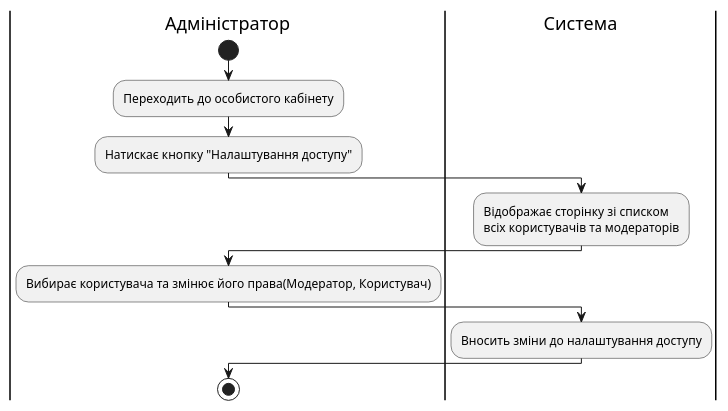
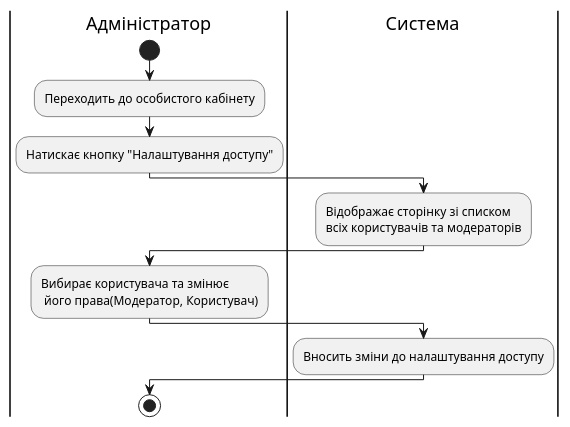
One commit to anrikolo/obd changed the diagram in src/uml/UC8.puml. Above: the diagram before and after it, drawn with PlantUML.

```diff
--- a/src/uml/UC8.puml
+++ b/src/uml/UC8.puml
@@ -1,16 +1,16 @@
 @startuml
 
     |Адміністратор|
     start
     :Переходить до особистого кабінету;
     |Адміністратор|
     :Натискає кнопку "Налаштування доступу";
     |Система|
     :Відображає сторінку зі списком \nвсіх користувачів та модераторів;
     |Адміністратор|
-    :Вибирає користувача та змінює його права(Модератор, Користувач);
+    :Вибирає користувача та змінює \n його права(Модератор, Користувач);
     |Система|
     :Вносить зміни до налаштування доступу;    
     |Адміністратор|
     stop;
 @enduml
```
